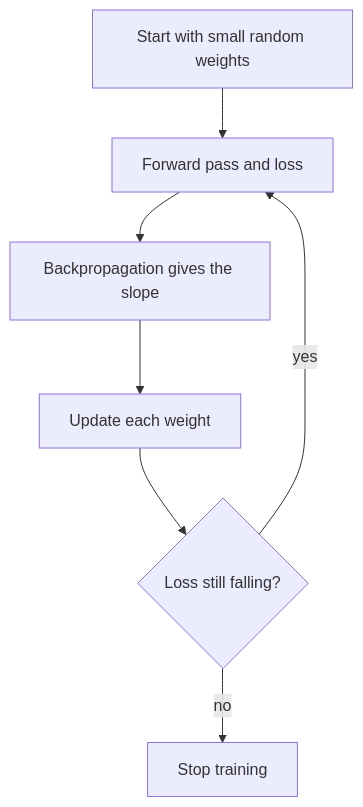
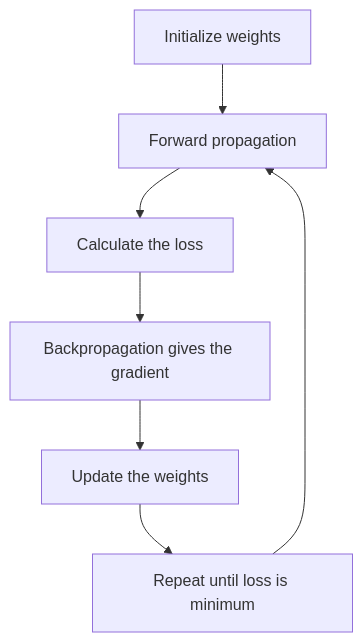
The diagram in content/deep-learning/pyq/2024-05/q1b.mdx (TrendySloth1001/sem-seven-notes), drawn with Mermaid before and after one commit. The commit also changed other lines of this file and 254 other files, not shown here.

Commit message:
Rewrite the backpropagation, gradient descent, regularization and autoencoder notes and their 29 answers from the teachers' class files. They use 185 teacher figures with class-notes citations only, and correct the AdaGrad, RMSProp, Nesterov and batch-norm numbers on the slides.

````diff
--- a/content/deep-learning/pyq/2024-05/q1b.mdx
+++ b/content/deep-learning/pyq/2024-05/q1b.mdx
@@ -17,10 +11,10 @@
 ```mermaid
-%% caption: The gradient descent loop. Each pass lowers the loss a little, and training stops when the loss no longer falls.
+%% caption: The working flow of gradient descent. Each loop moves the weights a little downhill until the loss is minimum.
 flowchart TD
-  A["Start with small random weights"] --> B["Forward pass and loss"]
-  B --> C["Backpropagation gives the slope"]
-  C --> D["Update each weight"]
-  D --> E{"Loss still falling?"}
-  E -- "yes" --> B
-  E -- "no" --> F["Stop training"]
+  A["Initialize weights"] --> B["Forward propagation"]
+  B --> C["Calculate the loss"]
+  C --> D["Backpropagation gives the gradient"]
+  D --> E["Update the weights"]
+  E --> F["Repeat until loss is minimum"]
+  F --> B
 ```
````
